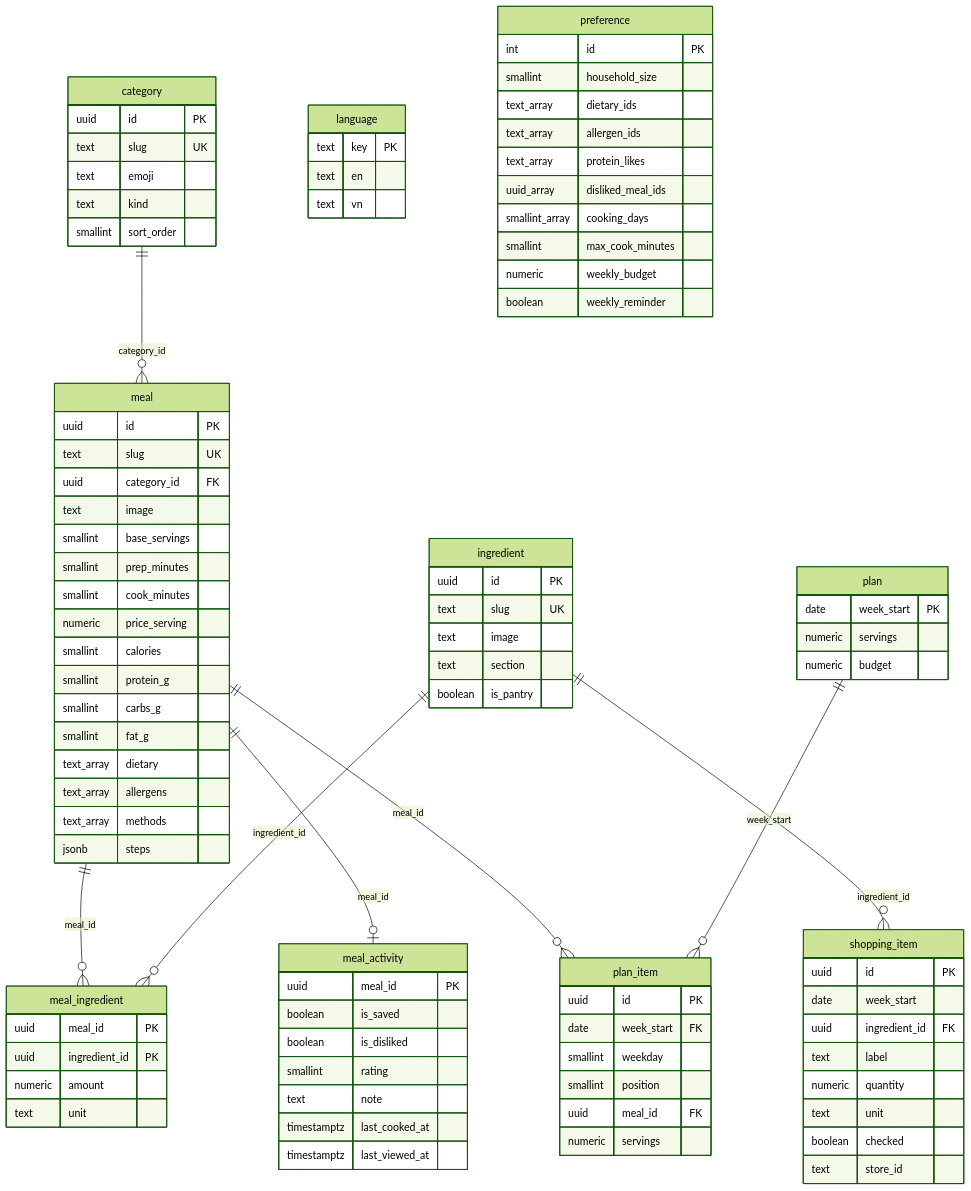
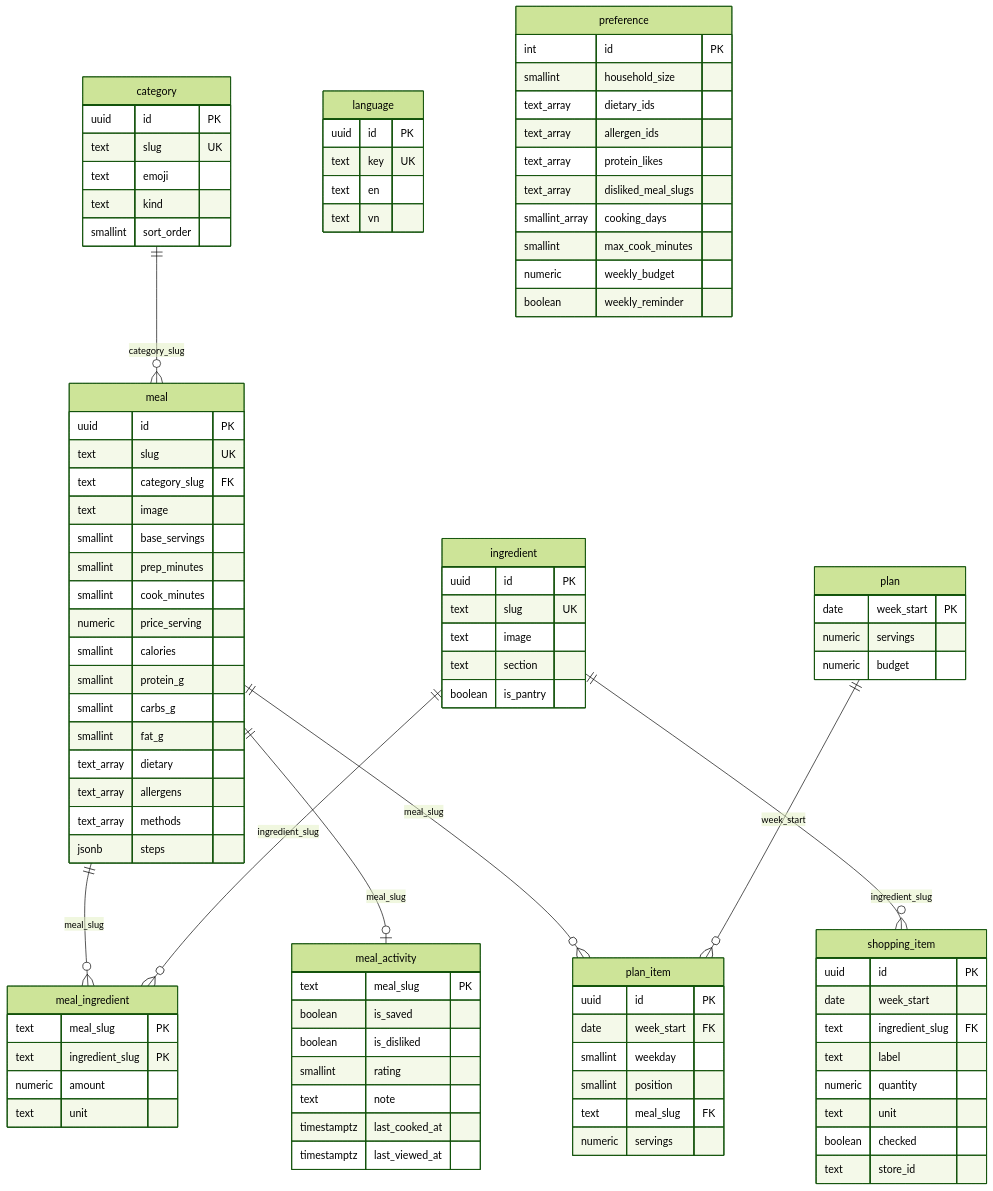
One commit to luongdat2k4/meal-planner changed the diagram in design-note/database-design.md. Above: the diagram before and after it, drawn with Mermaid (forest theme). The commit also changed other lines of this file and 12 other files, not shown here.

````diff
--- a/design-note/database-design.md
+++ b/design-note/database-design.md
@@ -166,15 +167,16 @@
 ```mermaid
 erDiagram
-  category ||--o{ meal : "category_id"
-  meal ||--o{ meal_ingredient : "meal_id"
-  ingredient ||--o{ meal_ingredient : "ingredient_id"
-  meal ||--o| meal_activity : "meal_id"
-  meal ||--o{ plan_item : "meal_id"
+  category ||--o{ meal : "category_slug"
+  meal ||--o{ meal_ingredient : "meal_slug"
+  ingredient ||--o{ meal_ingredient : "ingredient_slug"
+  meal ||--o| meal_activity : "meal_slug"
+  meal ||--o{ plan_item : "meal_slug"
   plan ||--o{ plan_item : "week_start"
-  ingredient ||--o{ shopping_item : "ingredient_id"
+  ingredient ||--o{ shopping_item : "ingredient_slug"
 
   language {
-    text key PK
+    uuid id PK
+    text key UK
     text en
     text vn
   }
@@ -198,7 +200,7 @@
   meal {
     uuid id PK
     text slug UK
-    uuid category_id FK
+    text category_slug FK
     text image
     smallint base_servings
     smallint prep_minutes
@@ -215,8 +217,8 @@
   }
 
   meal_ingredient {
-    uuid meal_id PK
-    uuid ingredient_id PK
+    text meal_slug PK
+    text ingredient_slug PK
     numeric amount
     text unit
   }
@@ -227,7 +229,7 @@
     text_array dietary_ids
     text_array allergen_ids
     text_array protein_likes
-    uuid_array disliked_meal_ids
+    text_array disliked_meal_slugs
     smallint_array cooking_days
     smallint max_cook_minutes
     numeric weekly_budget
@@ -235,7 +237,7 @@
   }
 
   meal_activity {
-    uuid meal_id PK
+    text meal_slug PK
     boolean is_saved
     boolean is_disliked
     smallint rating
@@ -255,14 +257,14 @@
     date week_start FK
     smallint weekday
     smallint position
-    uuid meal_id FK
+    text meal_slug FK
     numeric servings
   }
 
   shopping_item {
     uuid id PK
     date week_start
-    uuid ingredient_id FK
+    text ingredient_slug FK
     text label
     numeric quantity
     text unit
````
